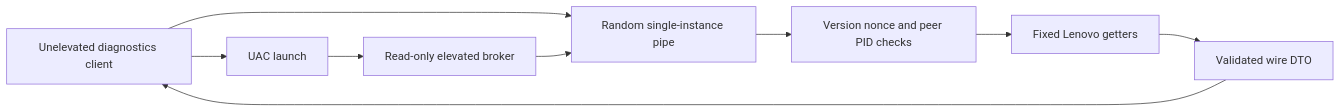
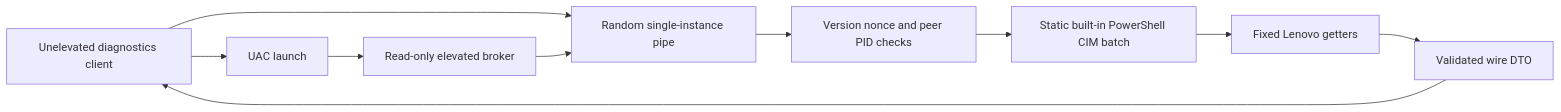
One commit to Anandb71/Legion-LOQ-control changed the third of 4 diagrams in docs/ARCHITECTURE.md. Above: the diagram before and after it, drawn with Mermaid. The commit also changed other lines of this file and 10 other files, not shown here.

````diff
--- a/docs/ARCHITECTURE.md
+++ b/docs/ARCHITECTURE.md
@@ -81,11 +82,12 @@
 ```mermaid
 flowchart LR
     Client[Unelevated diagnostics client] --> Pipe[Random single-instance pipe]
     Client --> Uac[UAC launch]
     Uac --> Broker[Read-only elevated broker]
     Broker --> Pipe
     Pipe --> Validate[Version nonce and peer PID checks]
-    Validate --> Getters[Fixed Lenovo getters]
+    Validate --> CimBatch[Static built-in PowerShell CIM batch]
+    CimBatch --> Getters[Fixed Lenovo getters]
     Getters --> Wire[Validated wire DTO]
     Wire --> Client
 ```
````
